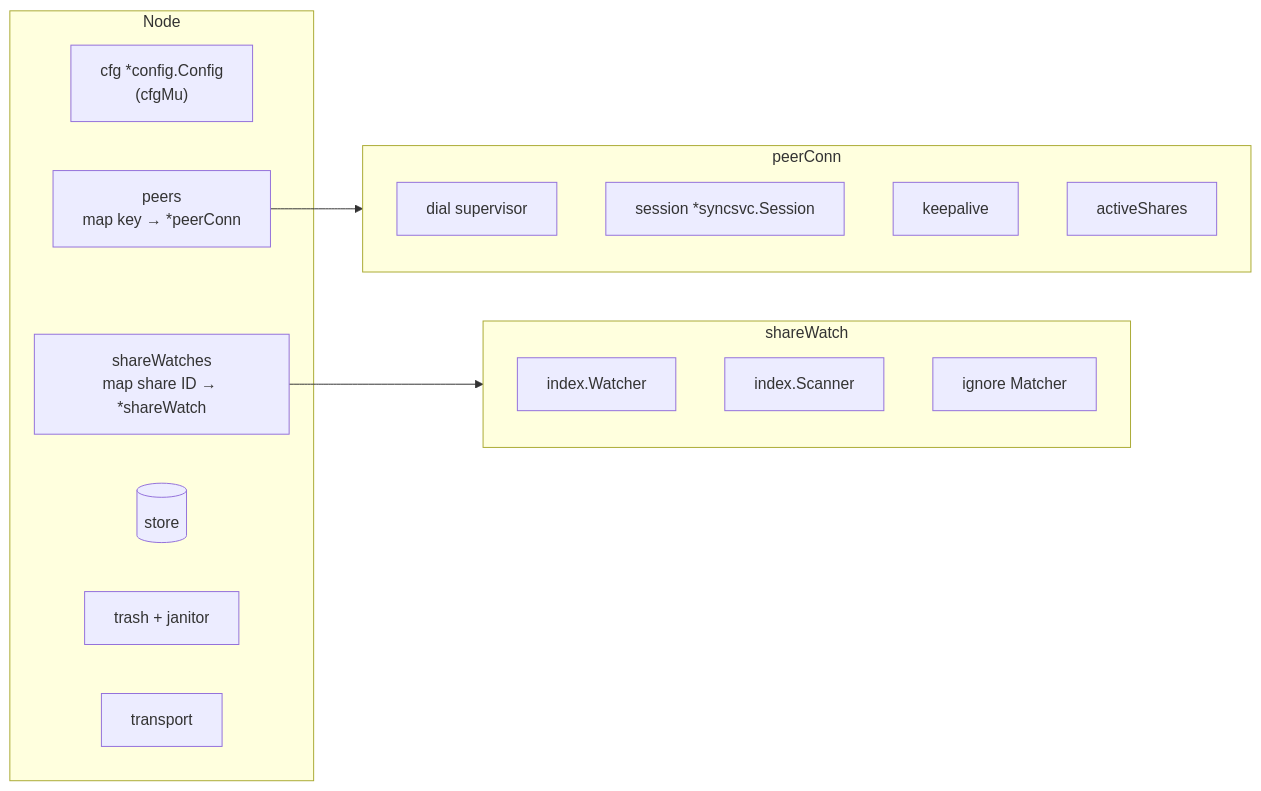
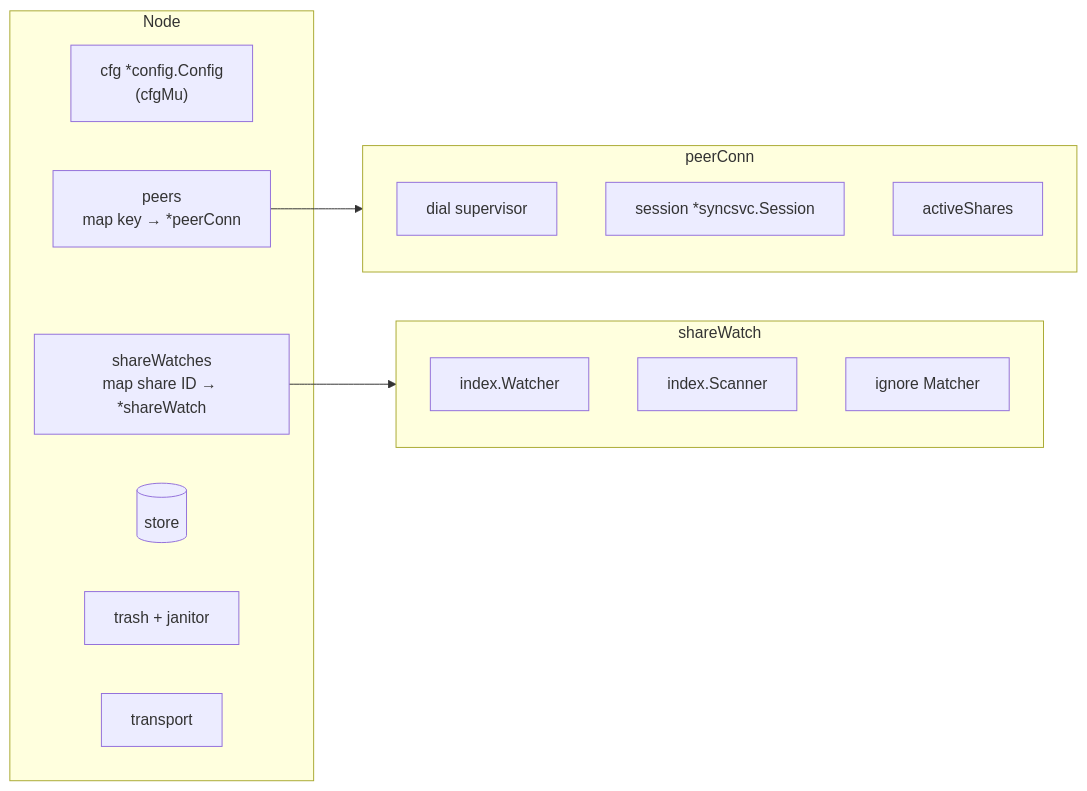
The seventh of 14 diagrams in ARCHITECTURE.md (nickmarrone/syncat), drawn with Mermaid before and after one commit. The commit also changed other lines of this file and 8 other files, not shown here.

````diff
--- a/ARCHITECTURE.md
+++ b/ARCHITECTURE.md
@@ -518,24 +521,23 @@
 ```mermaid
 flowchart LR
     subgraph Node
         cfg["cfg *config.Config<br/>(cfgMu)"]
         peers["peers<br/>map key → *peerConn"]
         watches["shareWatches<br/>map share ID → *shareWatch"]
         store[("store")]
         trash["trash + janitor"]
         tr["transport"]
     end
     subgraph peerConn
         sup["dial supervisor"]
         sess["session *syncsvc.Session"]
-        ka["keepalive"]
         active["activeShares"]
     end
     subgraph shareWatch
         watcher["index.Watcher"]
         scanner["index.Scanner"]
         matcher["ignore Matcher"]
     end
     peers --> peerConn
     watches --> shareWatch
 ```
````
